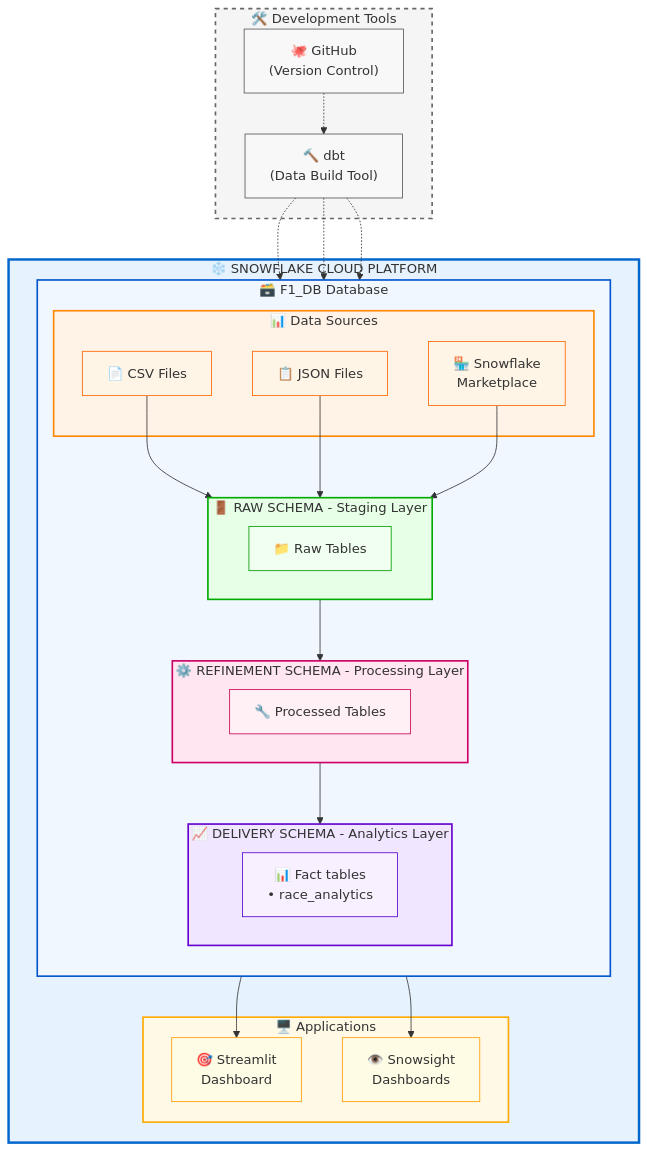
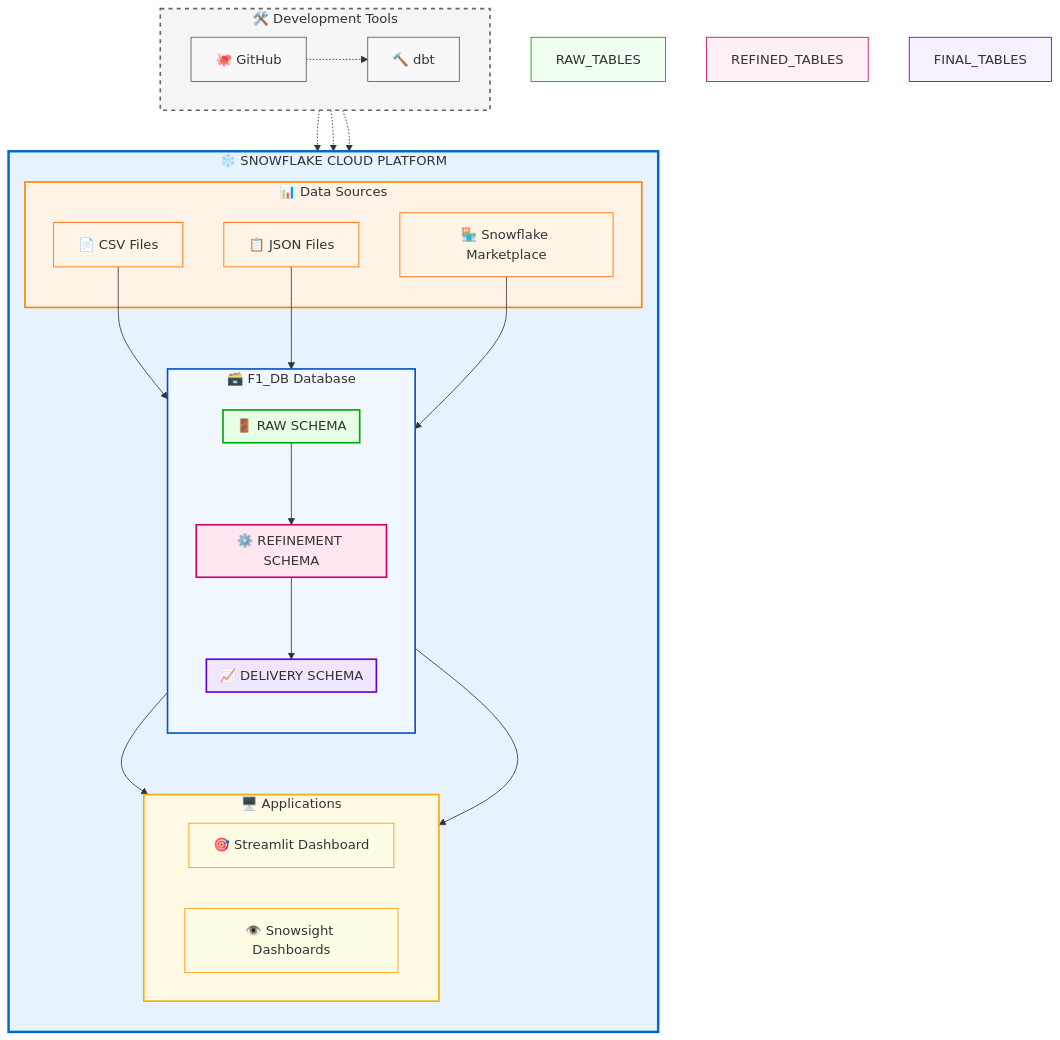
The diagram in Documentation/Doc.md (guillermocontp/Snowflake-project), drawn with Mermaid before and after one commit.

````diff
--- a/Documentation/Doc.md
+++ b/Documentation/Doc.md
@@ -57,72 +57,79 @@
 ```mermaid
-graph TB
+graph TD
     subgraph SNOWFLAKE["❄️ SNOWFLAKE CLOUD PLATFORM"]
+        direction TB
+        
+        subgraph SOURCES["📊 Data Sources"]
+            CSV["📄 CSV Files"]
+            JSON["📋 JSON Files"]
+            MARKET["🏪 Snowflake Marketplace"]
+        end
+        
         subgraph F1_DB["🗃️ F1_DB Database"]
             direction TB
             
-            subgraph SOURCES["📊 Data Sources"]
-                CSV["📄 CSV Files<br/>"]
-                JSON["📋 JSON Files<br/>"]
-                MARKET["🏪 Snowflake<br/>Marketplace"]
+            subgraph STAGING["🚪 RAW SCHEMA"]
+                
             end
             
-            subgraph STAGING["🚪 RAW SCHEMA - Staging Layer"]
-                RAW_TABLES["📁 Raw Tables<br/>"]
+            subgraph REFINEMENT["⚙️ REFINEMENT SCHEMA"]
+                
             end
             
-            subgraph REFINEMENT["⚙️ REFINEMENT SCHEMA - Processing Layer"]
-                REFINED_TABLES["🔧 Processed Tables<br/>"]
+            subgraph DELIVERY["📈 DELIVERY SCHEMA"]
+                
             end
-            
-            subgraph DELIVERY["📈 DELIVERY SCHEMA - Analytics Layer"]
-                FINAL_TABLES["📊 Fact tables<br/>• race_analytics<br/>"]
-            end
-            
-            CSV --> STAGING
-            JSON --> STAGING
-            MARKET --> STAGING
-            
-            STAGING --> REFINEMENT
-            REFINEMENT --> DELIVERY
         end
         
         subgraph APPS["🖥️ Applications"]
-            STREAMLIT["🎯 Streamlit<br/>Dashboard"]
-            SNOWSIGHT["👁️ Snowsight<br/>Dashboards"]
+            direction LR
+            STREAMLIT["🎯 Streamlit Dashboard"]
+            SNOWSIGHT["👁️ Snowsight Dashboards"]
         end
+        
+        %% Data flow arrows
+        CSV --> STAGING
+        JSON --> STAGING
+        MARKET --> STAGING
+        
+        STAGING --> REFINEMENT
+        REFINEMENT --> DELIVERY
         
         DELIVERY --> STREAMLIT
         DELIVERY --> SNOWSIGHT
     end
     
+    %% External tools positioned below
     subgraph TOOLS["🛠️ Development Tools"]
-        DBT["🔨 dbt<br/>(Data Build Tool)"]
-        GITHUB["🐙 GitHub<br/>(Version Control)"]
+        direction LR
+        DBT["🔨 dbt"]
+        GITHUB["🐙 GitHub"]
     end
     
+    %% Tool connections
+    DBT -.-> STAGING
     DBT -.-> REFINEMENT
-    DBT -.-> STAGING
     DBT -.-> DELIVERY
     GITHUB -.-> DBT
     
     %% Styling
     style SNOWFLAKE fill:#e6f3ff,stroke:#0066cc,stroke-width:3px
     style F1_DB fill:#f0f7ff,stroke:#0055cc,stroke-width:2px
     style SOURCES fill:#fff2e6,stroke:#ff8800,stroke-width:2px
     style STAGING fill:#e6ffe6,stroke:#00aa00,stroke-width:2px
     style REFINEMENT fill:#ffe6f0,stroke:#cc0066,stroke-width:2px
     style DELIVERY fill:#f0e6ff,stroke:#6600cc,stroke-width:2px
     style APPS fill:#fff9e6,stroke:#ffaa00,stroke-width:2px
     style TOOLS fill:#f5f5f5,stroke:#666666,stroke-width:2px,stroke-dasharray: 5 5
     
     style RAW_TABLES fill:#f0fff0,stroke:#009900
     style REFINED_TABLES fill:#fff0f5,stroke:#cc0055
     style FINAL_TABLES fill:#f8f0ff,stroke:#5500cc
     style CSV fill:#fff5e6,stroke:#ff6600
     style JSON fill:#fff5e6,stroke:#ff6600
     style MARKET fill:#fff5e6,stroke:#ff6600
     style STREAMLIT fill:#fffce6,stroke:#ff9900
     style SNOWSIGHT fill:#fffce6,stroke:#ff9900
     style DBT fill:#f8f8f8,stroke:#555555
     style GITHUB fill:#f8f8f8,stroke:#555555
 ```
````
